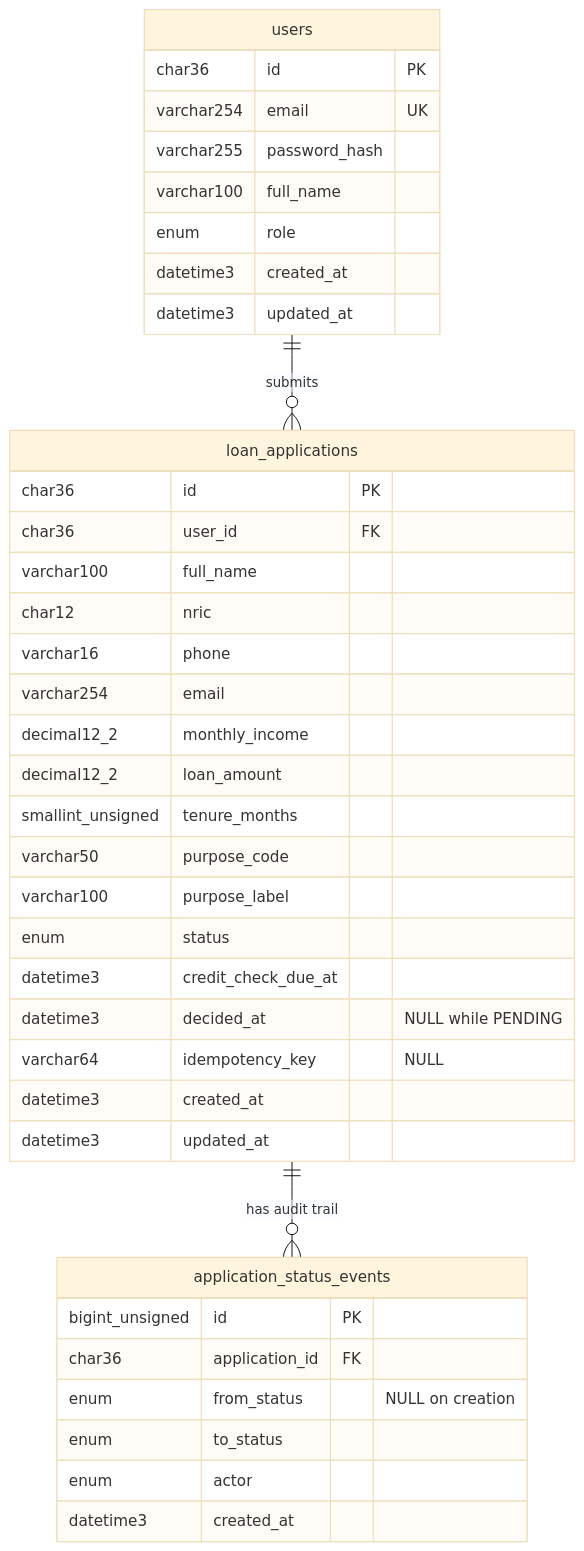
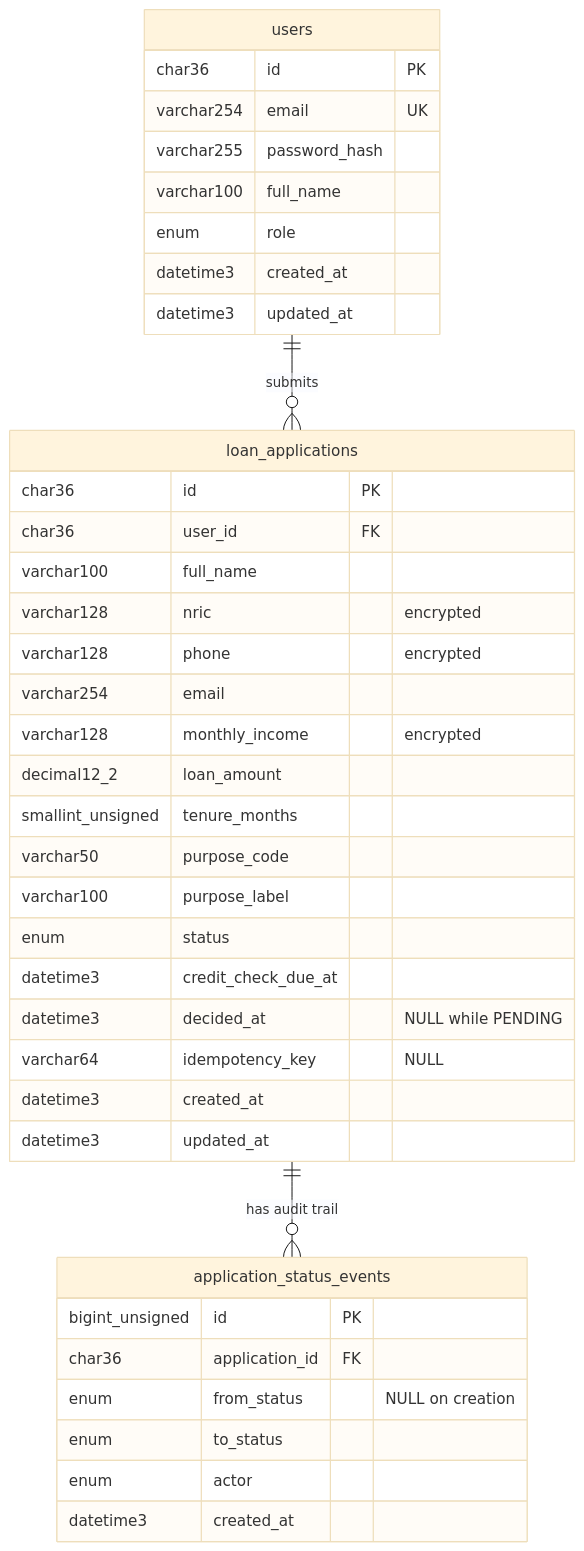
One commit to ali-shirzadg/loan-portal-app changed the diagram in docs/database-schema.md. Above: the diagram before and after it, drawn with Mermaid (base theme). The commit also changed other lines of this file and 14 other files, not shown here.

First line of the commit message:
feat(api): encrypt NRIC, phone and income at rest

````diff
--- a/docs/database-schema.md
+++ b/docs/database-schema.md
@@ -6,42 +6,42 @@
 ```mermaid
 erDiagram
     users ||--o{ loan_applications : "submits"
     loan_applications ||--o{ application_status_events : "has audit trail"
 
     users {
         char36 id PK
         varchar254 email UK
         varchar255 password_hash
         varchar100 full_name
         enum role
         datetime3 created_at
         datetime3 updated_at
     }
     loan_applications {
         char36 id PK
         char36 user_id FK
         varchar100 full_name
-        char12 nric
-        varchar16 phone
+        varchar128 nric "encrypted"
+        varchar128 phone "encrypted"
         varchar254 email
-        decimal12_2 monthly_income
+        varchar128 monthly_income "encrypted"
         decimal12_2 loan_amount
         smallint_unsigned tenure_months
         varchar50 purpose_code
         varchar100 purpose_label
         enum status
         datetime3 credit_check_due_at
         datetime3 decided_at "NULL while PENDING"
         varchar64 idempotency_key "NULL"
         datetime3 created_at
         datetime3 updated_at
     }
     application_status_events {
         bigint_unsigned id PK
         char36 application_id FK
         enum from_status "NULL on creation"
         enum to_status
         enum actor
         datetime3 created_at
     }
 ```
````
